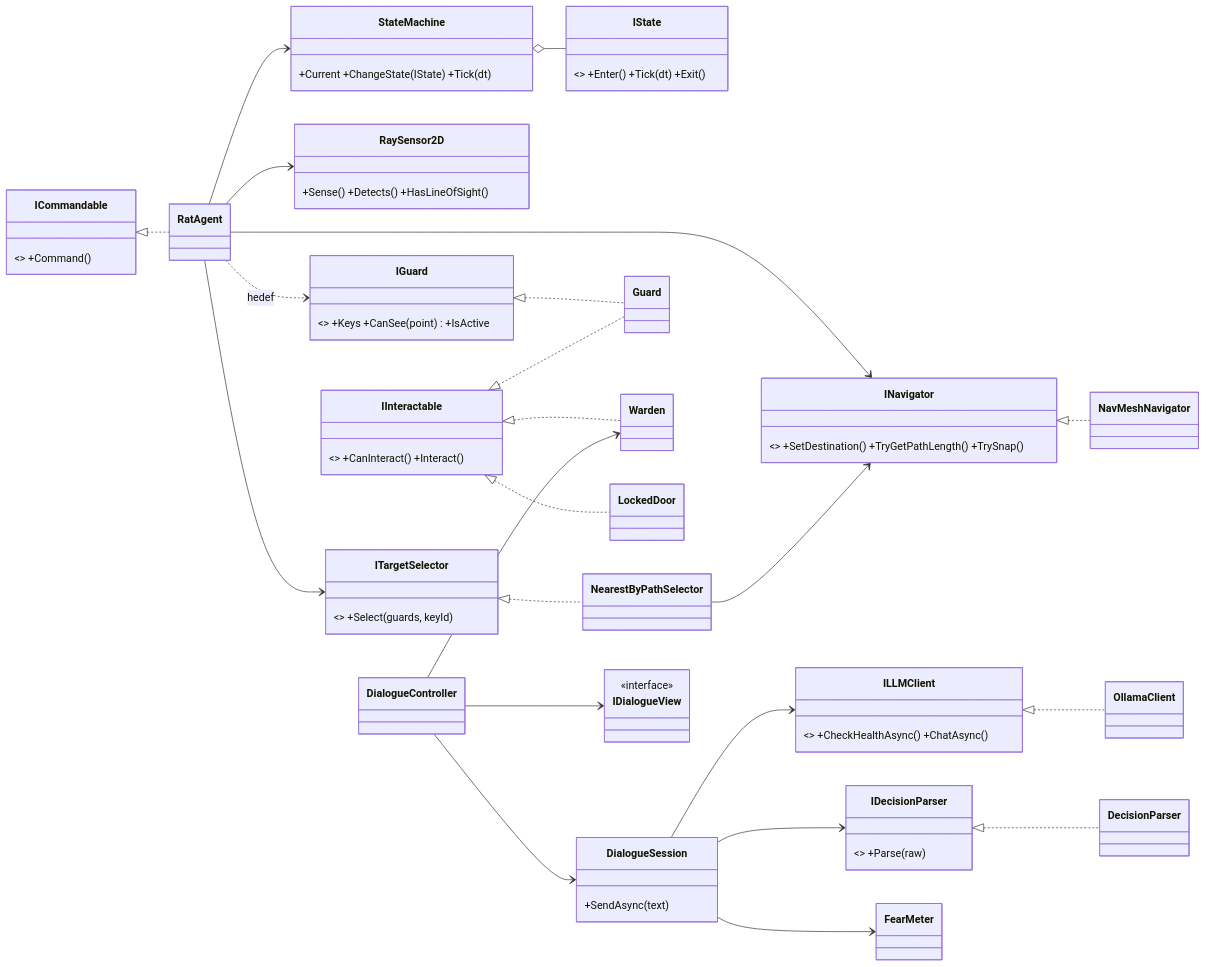
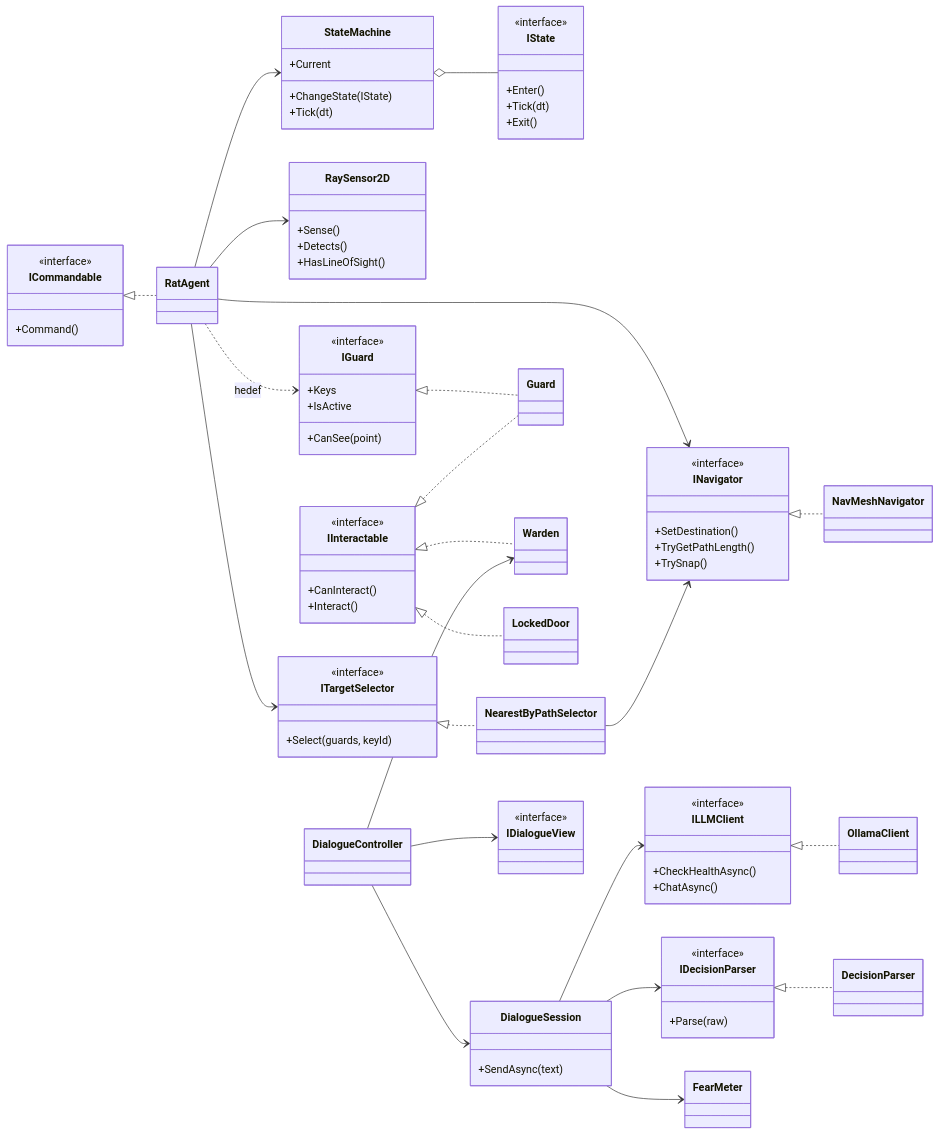
The second of 6 diagrams in README.md (fuzienn/YazLabProje), drawn with Mermaid before and after one commit.

Commit message:
docs: sinif diyagrami Mermaid sozdizimine uygun yazildi

````diff
--- a/README.md
+++ b/README.md
@@ -129,18 +129,42 @@
 ```mermaid
 classDiagram
     direction LR
-    class IState { <<interface>> +Enter() +Tick(dt) +Exit() }
-    class StateMachine { +Current +ChangeState(IState) +Tick(dt) }
+    class IState {
+        <<interface>>
+        +Enter()
+        +Tick(dt)
+        +Exit()
+    }
+    class StateMachine {
+        +Current
+        +ChangeState(IState)
+        +Tick(dt)
+    }
     StateMachine o-- IState
 
-    class INavigator { <<interface>> +SetDestination() +TryGetPathLength() +TrySnap() }
+    class INavigator {
+        <<interface>>
+        +SetDestination()
+        +TryGetPathLength()
+        +TrySnap()
+    }
     class NavMeshNavigator
     INavigator <|.. NavMeshNavigator
 
-    class ICommandable { <<interface>> +Command() }
+    class ICommandable {
+        <<interface>>
+        +Command()
+    }
     class RatAgent
-    class RaySensor2D { +Sense() +Detects() +HasLineOfSight() }
-    class ITargetSelector { <<interface>> +Select(guards, keyId) }
+    class RaySensor2D {
+        +Sense()
+        +Detects()
+        +HasLineOfSight()
+    }
+    class ITargetSelector {
+        <<interface>>
+        +Select(guards, keyId)
+    }
     class NearestByPathSelector
     ICommandable <|.. RatAgent
     ITargetSelector <|.. NearestByPathSelector
@@ -150,8 +174,17 @@
     RatAgent --> StateMachine
     NearestByPathSelector --> INavigator
 
-    class IGuard { <<interface>> +Keys +CanSee(point) +IsActive }
-    class IInteractable { <<interface>> +CanInteract() +Interact() }
+    class IGuard {
+        <<interface>>
+        +Keys
+        +CanSee(point)
+        +IsActive
+    }
+    class IInteractable {
+        <<interface>>
+        +CanInteract()
+        +Interact()
+    }
     class Guard
     class Warden
     IGuard <|.. Guard
@@ -160,14 +193,25 @@
     IInteractable <|.. LockedDoor
     RatAgent ..> IGuard : hedef
 
-    class ILLMClient { <<interface>> +CheckHealthAsync() +ChatAsync() }
+    class ILLMClient {
+        <<interface>>
+        +CheckHealthAsync()
+        +ChatAsync()
+    }
     class OllamaClient
-    class IDecisionParser { <<interface>> +Parse(raw) }
+    class IDecisionParser {
+        <<interface>>
+        +Parse(raw)
+    }
     class DecisionParser
-    class DialogueSession { +SendAsync(text) }
+    class DialogueSession {
+        +SendAsync(text)
+    }
     class FearMeter
     class DialogueController
-    class IDialogueView { <<interface>> }
+    class IDialogueView {
+        <<interface>>
+    }
     ILLMClient <|.. OllamaClient
     IDecisionParser <|.. DecisionParser
     DialogueSession --> ILLMClient
````
